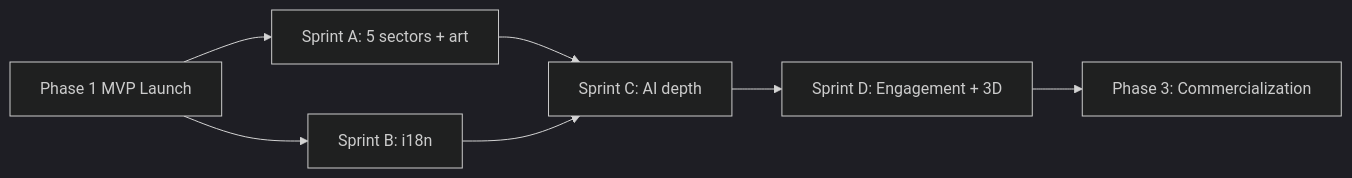
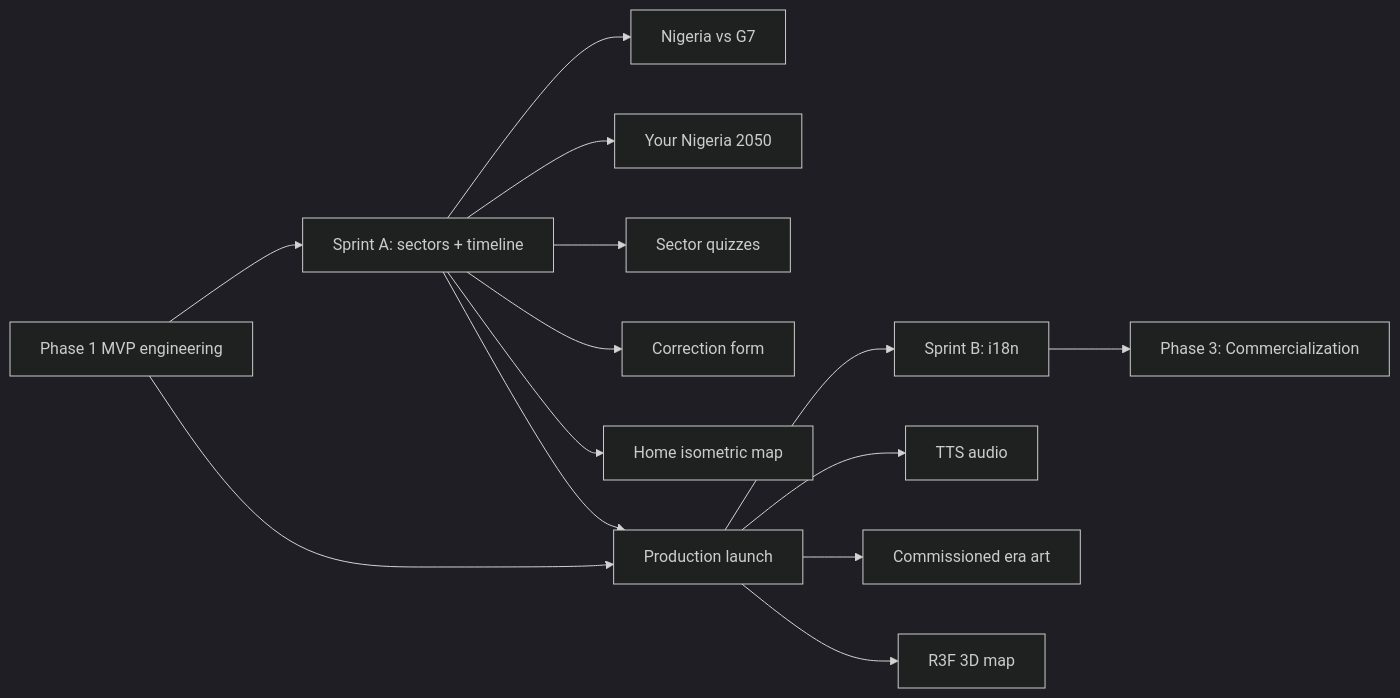
One commit to samosho92/nigeria-2050 changed the diagram in docs/BUILD_PLAN.md. Above: the diagram before and after it, drawn with Mermaid (dark theme). The commit also changed other lines of this file and 133 other files, not shown here.

````diff
--- a/docs/BUILD_PLAN.md
+++ b/docs/BUILD_PLAN.md
@@ -281,9 +354,30 @@
 ```mermaid
 flowchart LR
-  P1[Phase 1 MVP Launch] --> A[Sprint A: 5 sectors + art]
-  P1 --> B[Sprint B: i18n]
-  A --> C[Sprint C: AI depth]
-  B --> C
-  C --> D[Sprint D: Engagement + 3D]
-  D --> P3[Phase 3: Commercialization]
+  P1[Phase 1 MVP engineering]
+  A[Sprint A: sectors + timeline]
+  G7[Nigeria vs G7]
+  Y[Your Nigeria 2050]
+  Q[Sector quizzes]
+  C[Correction form]
+  M[Home isometric map]
+  Launch[Production launch]
+  B[Sprint B: i18n]
+  Audio[TTS audio]
+  Art[Commissioned era art]
+  R3F[R3F 3D map]
+  P3[Phase 3: Commercialization]
+
+  P1 --> A
+  A --> G7
+  A --> Y
+  A --> Q
+  A --> C
+  A --> M
+  P1 --> Launch
+  A --> Launch
+  Launch --> B
+  Launch --> Audio
+  Launch --> Art
+  Launch --> R3F
+  B --> P3
 ```
````
